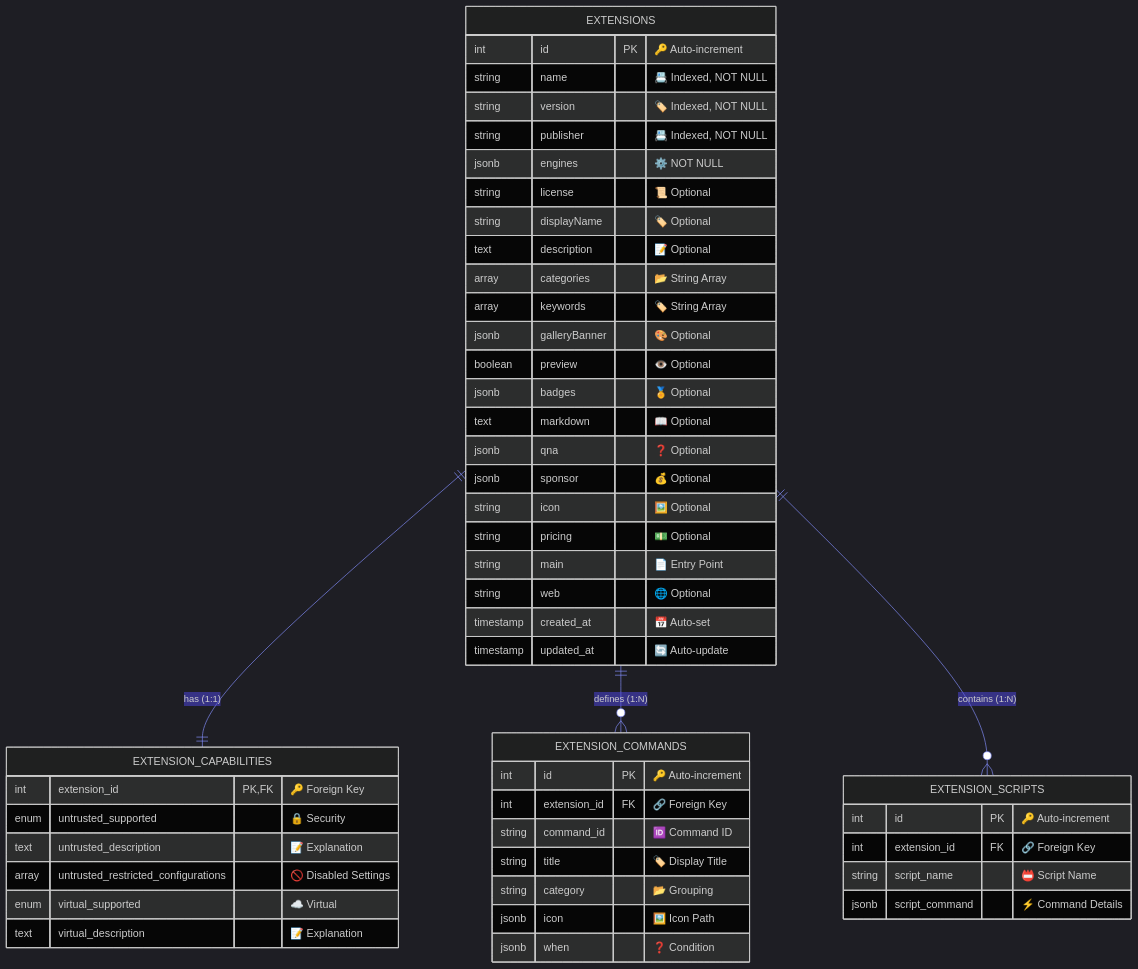
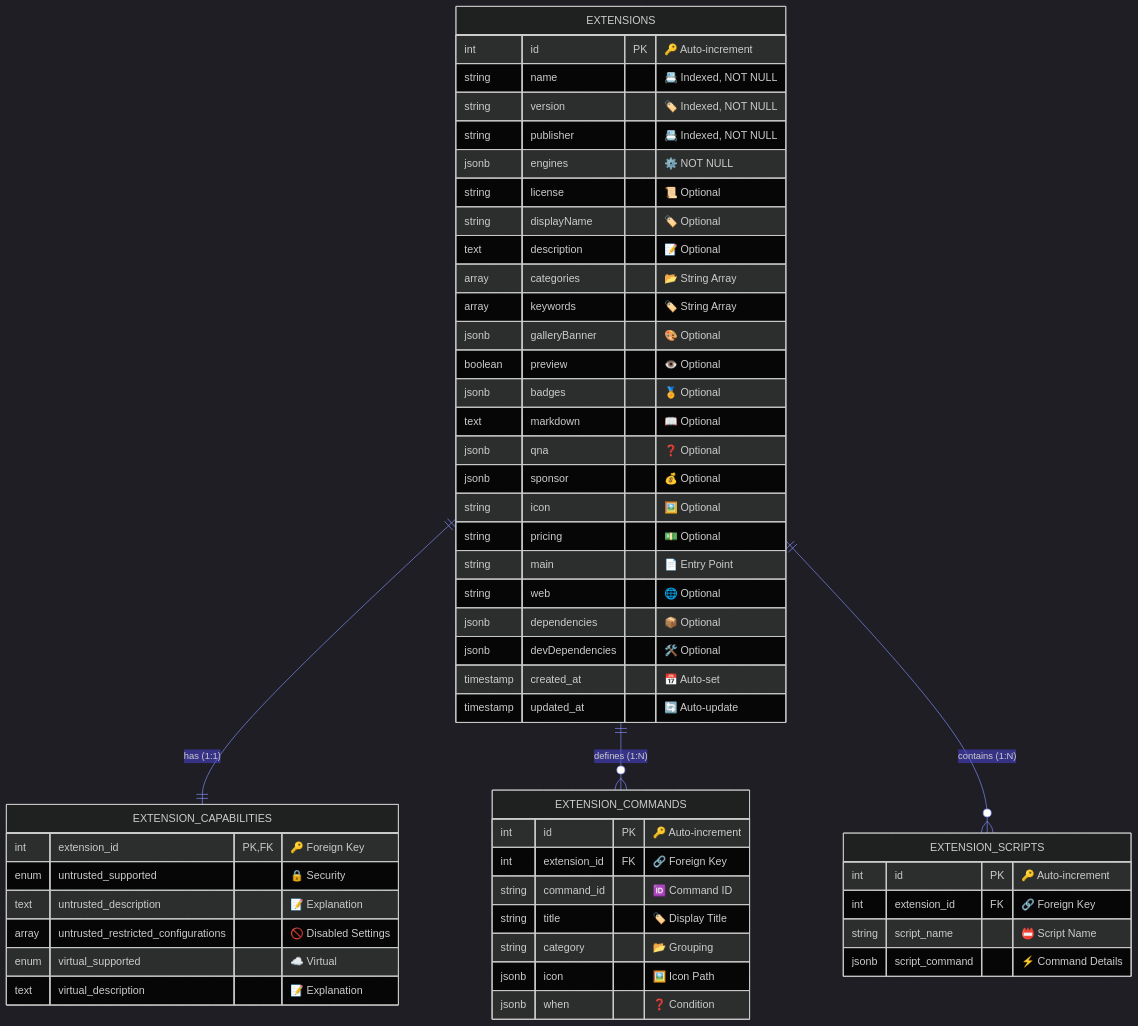
The eighth of 14 diagrams in documents/ARCHITECTURE.md (Ekremunalytu/automation_enviroment), drawn with Mermaid before and after one commit. The commit also changed 10 other files, not shown here.

````diff
--- a/documents/ARCHITECTURE.md
+++ b/documents/ARCHITECTURE.md
@@ -427,58 +427,60 @@
 ```mermaid
 %%{init: {'theme': 'dark', 'themeVariables': { 'background': '#0d1117', 'primaryColor': '#3b82f6', 'primaryTextColor': '#e6edf3', 'lineColor': '#818cf8', 'tertiaryColor': '#4f46e5', 'attributeBackgroundColorEven': '#161b22', 'attributeBackgroundColorOdd': '#21262d'}}}%%
 erDiagram
     EXTENSIONS ||--|| EXTENSION_CAPABILITIES : "has (1:1)"
     EXTENSIONS ||--o{ EXTENSION_COMMANDS : "defines (1:N)"
     EXTENSIONS ||--o{ EXTENSION_SCRIPTS : "contains (1:N)"
 
     EXTENSIONS {
         int id PK "🔑 Auto-increment"
         string name "📇 Indexed, NOT NULL"
         string version "🏷️ Indexed, NOT NULL"
         string publisher "📇 Indexed, NOT NULL"
         jsonb engines "⚙️ NOT NULL"
         string license "📜 Optional"
         string displayName "🏷️ Optional"
         text description "📝 Optional"
         array categories "📂 String Array"
         array keywords "🏷️ String Array"
         jsonb galleryBanner "🎨 Optional"
         boolean preview "👁️ Optional"
         jsonb badges "🏅 Optional"
         text markdown "📖 Optional"
         jsonb qna "❓ Optional"
         jsonb sponsor "💰 Optional"
         string icon "🖼️ Optional"
         string pricing "💵 Optional"
         string main "📄 Entry Point"
         string web "🌐 Optional"
+        jsonb dependencies "📦 Optional"
+        jsonb devDependencies "🛠️ Optional"
         timestamp created_at "📅 Auto-set"
         timestamp updated_at "🔄 Auto-update"
     }
 
     EXTENSION_CAPABILITIES {
         int extension_id PK,FK "🔑 Foreign Key"
         enum untrusted_supported "🔒 Security"
         text untrusted_description "📝 Explanation"
         array untrusted_restricted_configurations "🚫 Disabled Settings"
         enum virtual_supported "☁️ Virtual"
         text virtual_description "📝 Explanation"
     }
 
     EXTENSION_COMMANDS {
         int id PK "🔑 Auto-increment"
         int extension_id FK "🔗 Foreign Key"
         string command_id "🆔 Command ID"
         string title "🏷️ Display Title"
         string category "📂 Grouping"
         jsonb icon "🖼️ Icon Path"
         jsonb when "❓ Condition"
     }
 
     EXTENSION_SCRIPTS {
         int id PK "🔑 Auto-increment"
         int extension_id FK "🔗 Foreign Key"
         string script_name "📛 Script Name"
         jsonb script_command "⚡ Command Details"
     }
 ```
````
